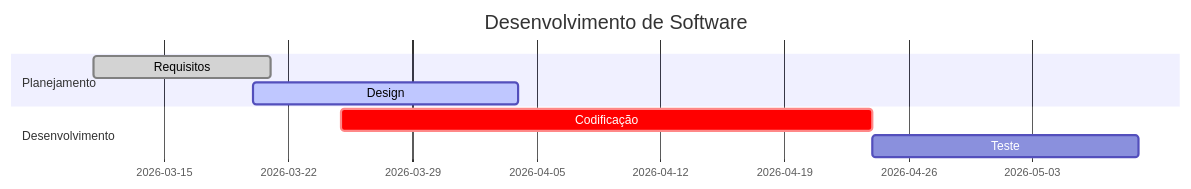
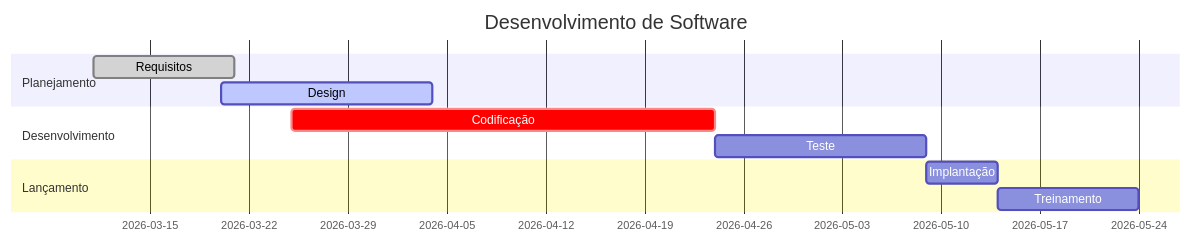
The diagram in README.md (MaxPichy/teste_gannt3), drawn with Mermaid before and after one commit.

````diff
--- a/README.md
+++ b/README.md
@@ -1,27 +1,31 @@
 ```mermaid
   gantt
   %%%Definir título principal
   title Desenvolvimento de Software
 
   %%%Definir o formato data (Ano-Mês-Dia)
   dateFormat YYYY-MM-DD
 
   %%%Criação do agrupamento visual para as tarefas iniciais
   section Planejamento
 
   %%%'done': 'tarefa concluída(fica cinza)', 'req': 'id da tarefa', '2026-03-11': 'data de início', '10d': 'duração'
   Requisitos :done, req, 2026-03-11, 10d
 
   %%%'active': 'tarefa em andamento'
   Design :active, des, 2026-03-20, 15d
 
   %%%Criação do segundo bloco
   section Desenvolvimento
 
   %%%'crit': 'define como tarefa crítica (cor vermelha ou destaque)'
   Codificação :crit, dev, 2026-03-25, 30d
 
   %%%'after dev': 'realiza a tarefa quando a tarefa dev terminar'
   Teste :test, after dev, 15d
+
+  section Lançamento
+  Implantação :dep, after test, 5d
+  Treinamento : tra, after dep, 10d
   
 ```
````
